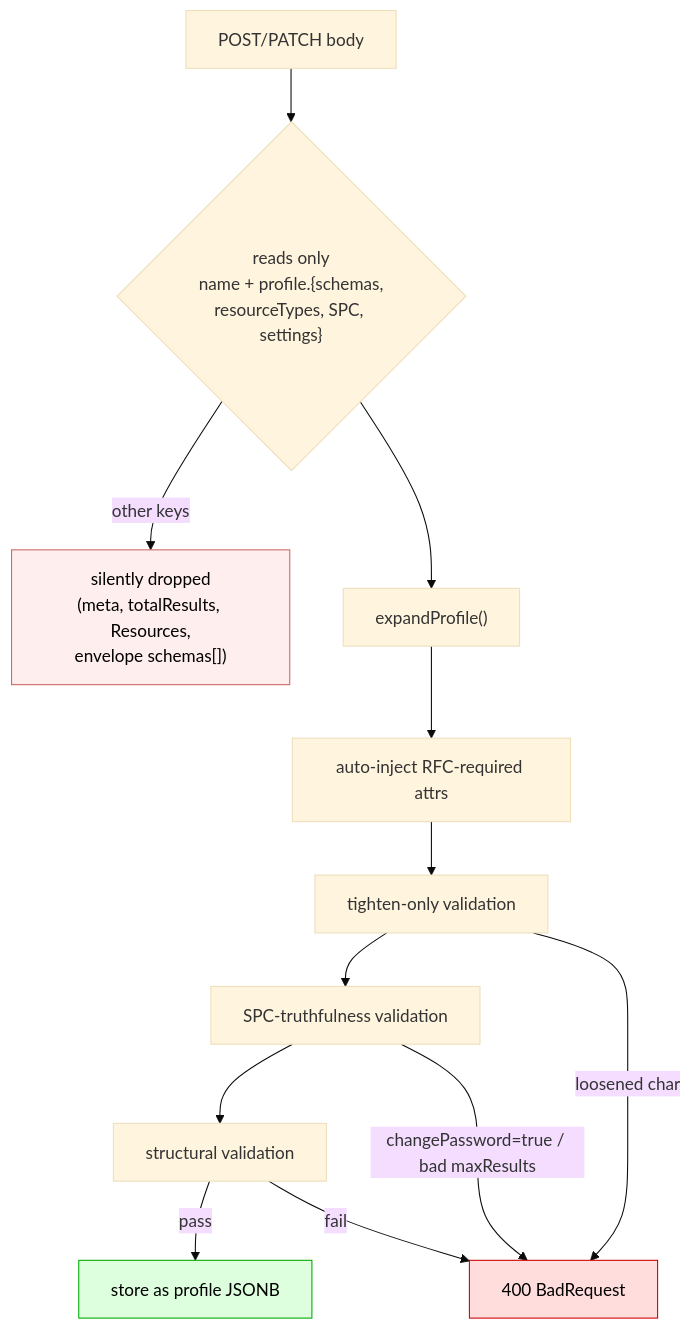
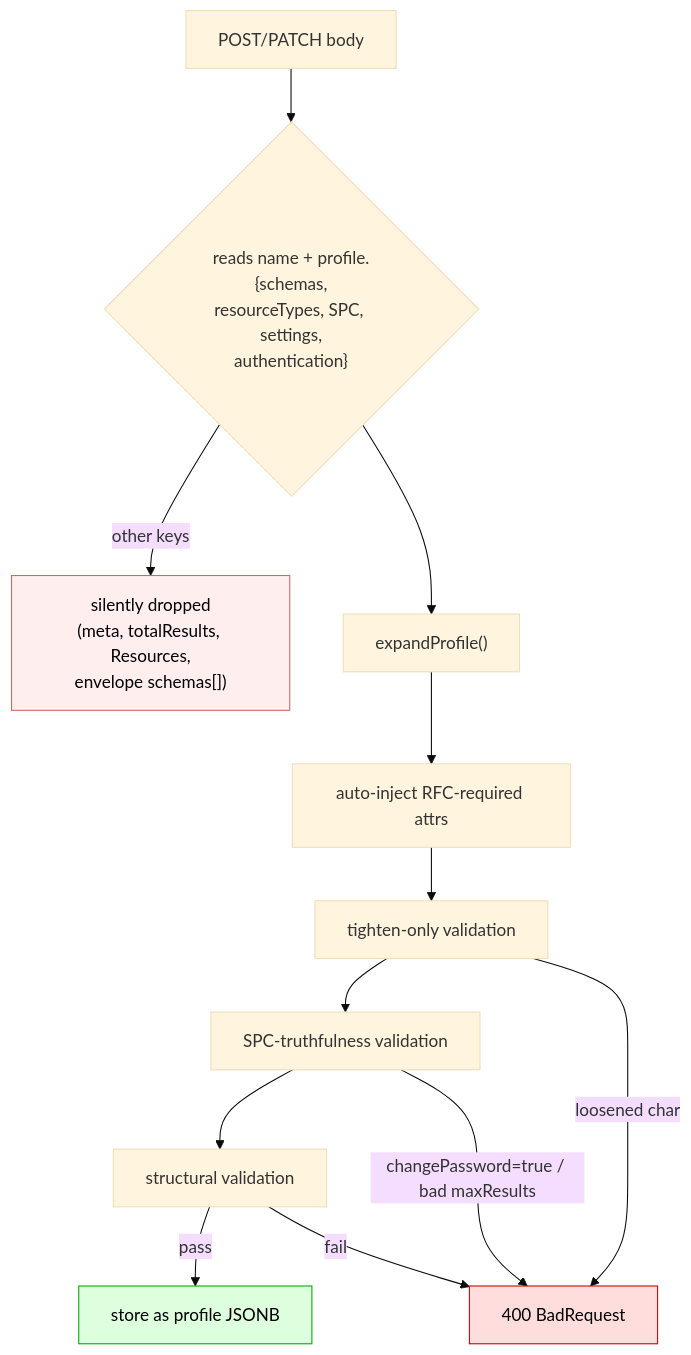
The second of 2 diagrams in docs/DISCOVERY_OUTPUT_VS_ADMIN_INPUT_INTEROP.md (pranems/SCIMServer), drawn with Mermaid (base theme) before and after one commit. The commit also changed other lines of this file and 51 other files, not shown here.

````diff
--- a/docs/DISCOVERY_OUTPUT_VS_ADMIN_INPUT_INTEROP.md
+++ b/docs/DISCOVERY_OUTPUT_VS_ADMIN_INPUT_INTEROP.md
@@ -89,17 +91,17 @@
 ```mermaid
 flowchart TD
-    POST["POST/PATCH body"] --> READ{"reads only<br/>name + profile.{schemas,<br/>resourceTypes, SPC, settings}"}
+    POST["POST/PATCH body"] --> READ{"reads name + profile.{schemas,<br/>resourceTypes, SPC, settings,<br/>authentication}"}
     READ -->|other keys| DROP["silently dropped<br/>(meta, totalResults, Resources,<br/>envelope schemas[])"]
     READ --> EXP["expandProfile()"]
     EXP --> INJ["auto-inject RFC-required attrs"]
     INJ --> TIGHT["tighten-only validation"]
     TIGHT --> SPC["SPC-truthfulness validation"]
     SPC --> STRUCT["structural validation"]
     STRUCT -->|pass| STORE["store as profile JSONB"]
     STRUCT -->|fail| ERR["400 BadRequest"]
     TIGHT -->|loosened char| ERR
     SPC -->|changePassword=true / bad maxResults| ERR
     style DROP fill:#fee,stroke:#c66,color:#000
     style ERR fill:#fdd,stroke:#c00,color:#000
     style STORE fill:#dfd,stroke:#0a0,color:#000
 ```
````
